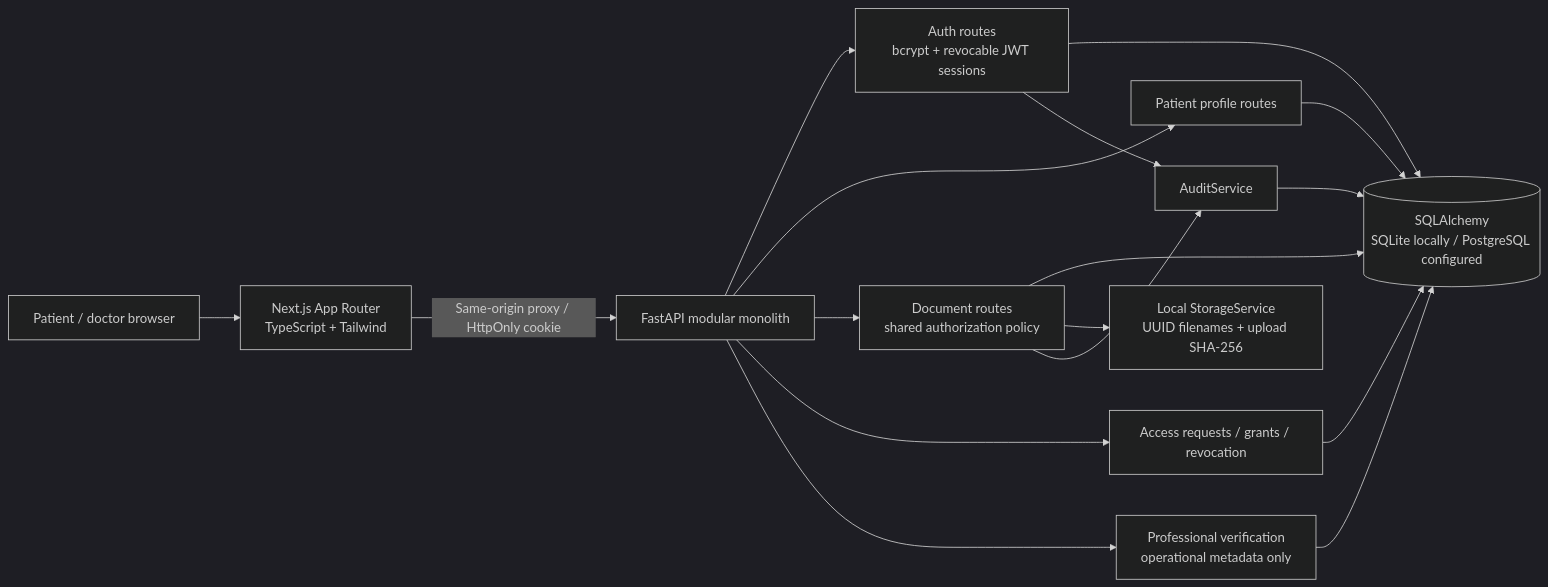
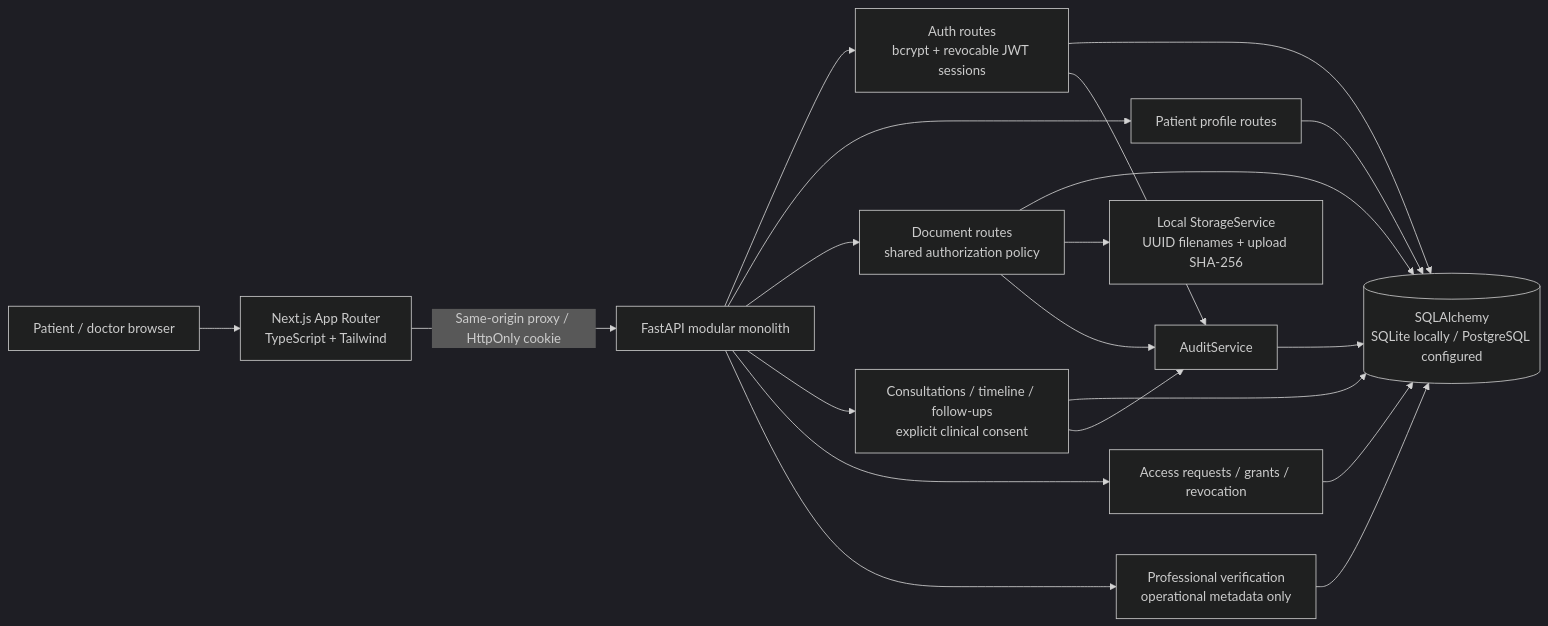
Before and after one commit to Tanish3115/CareGap: the first of 3 diagrams in docs/ARCHITECTURE.md, drawn with Mermaid (dark theme). The commit also changed other lines of this file and 24 other files, not shown here.

Commit message:
Add source-linked clinical timeline, revision history and follow-up outcomes

````diff
--- a/docs/ARCHITECTURE.md
+++ b/docs/ARCHITECTURE.md
@@ -9,19 +9,22 @@
 ```mermaid
 flowchart LR
     U[Patient / doctor browser] --> N[Next.js App Router\nTypeScript + Tailwind]
     N -->|Same-origin proxy / HttpOnly cookie| A[FastAPI modular monolith]
     A --> Auth[Auth routes\nbcrypt + revocable JWT sessions]
     A --> P[Patient profile routes]
     A --> D[Document routes\nshared authorization policy]
+    A --> C[Consultations / timeline / follow-ups\nexplicit clinical consent]
+    C --> DB
+    C --> Audit
     A --> Consent[Access requests / grants / revocation]
     A --> Admin[Professional verification\noperational metadata only]
     Consent --> DB
     Admin --> DB
     Auth --> DB[(SQLAlchemy\nSQLite locally / PostgreSQL configured)]
     P --> DB
     D --> DB
     D --> S[Local StorageService\nUUID filenames + upload SHA-256]
     D --> Audit[AuditService]
     Auth --> Audit
     Audit --> DB
 ```
````
